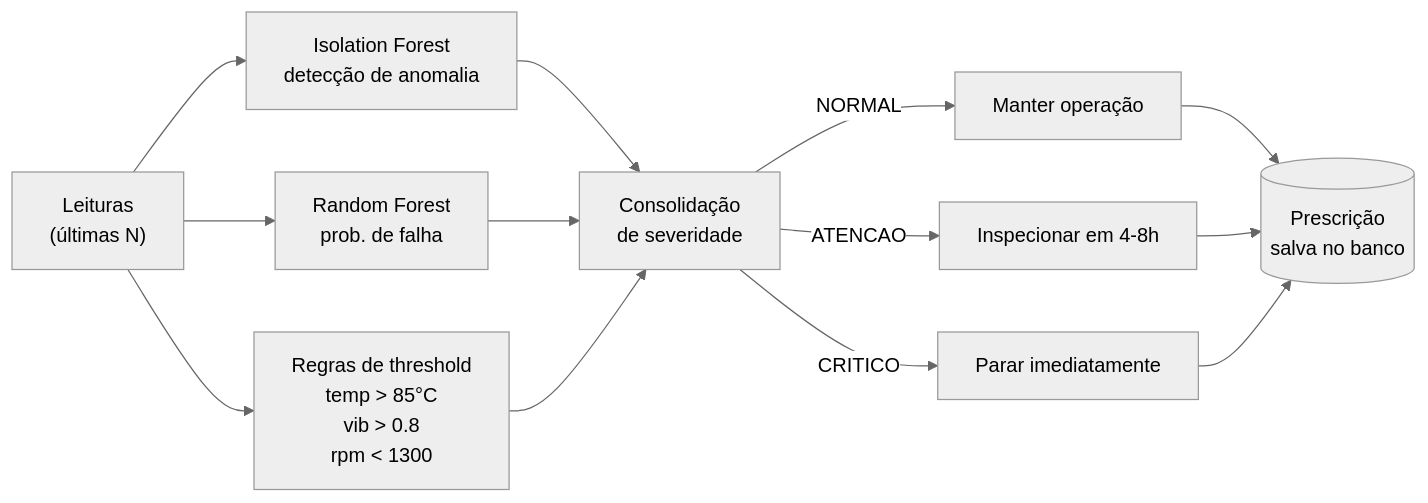
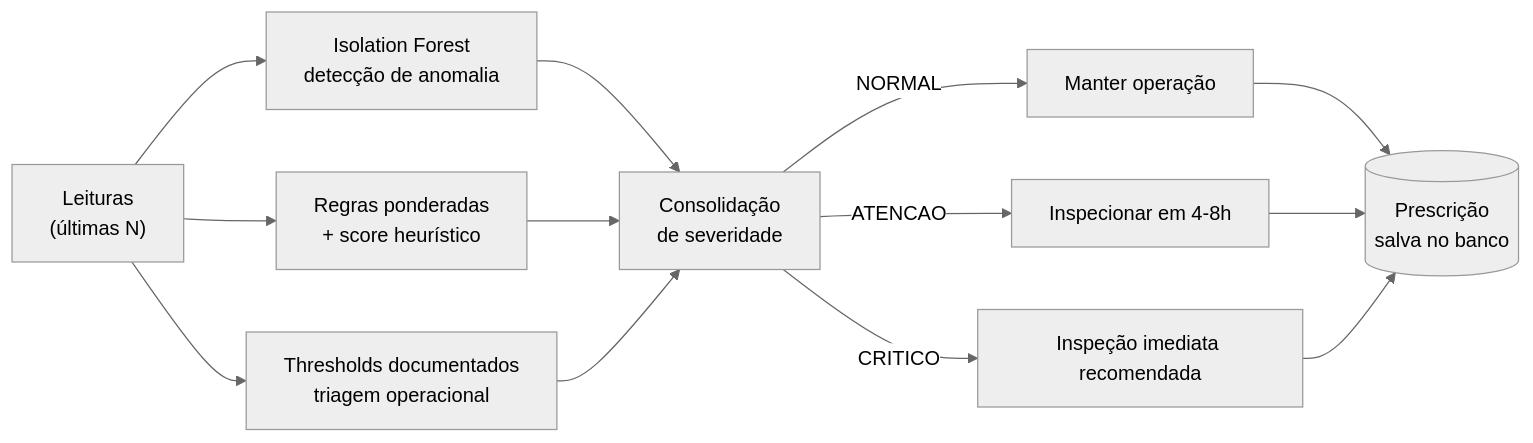
Before and after one commit to Desmantelar-bit/fieldnode: the third of 3 diagrams in README.md, drawn with Mermaid (neutral theme). The commit also changed other lines of this file and 1 other file, not shown here.

````diff
--- a/README.md
+++ b/README.md
@@ -66,18 +66,18 @@
 ```mermaid
 flowchart LR
     L["Leituras\n(últimas N)"] --> ISO["Isolation Forest\ndetecção de anomalia"]
-    L --> RF["Random Forest\nprob. de falha"]
-    L --> RG["Regras de threshold\ntemp > 85°C\nvib > 0.8\nrpm < 1300"]
+    L --> RG["Regras ponderadas\n+ score heurístico"]
+    L --> TH["Thresholds documentados\ntriagem operacional"]
 
     ISO --> AGG["Consolidação\nde severidade"]
-    RF --> AGG
     RG --> AGG
+    TH --> AGG
 
     AGG -->|"NORMAL"| P1["Manter operação"]
     AGG -->|"ATENCAO"| P2["Inspecionar em 4-8h"]
-    AGG -->|"CRITICO"| P3["Parar imediatamente"]
+    AGG -->|"CRITICO"| P3["Inspeção imediata recomendada"]
 
     P1 --> PRESC[("Prescrição\nsalva no banco")]
     P2 --> PRESC
     P3 --> PRESC
 ```
````
